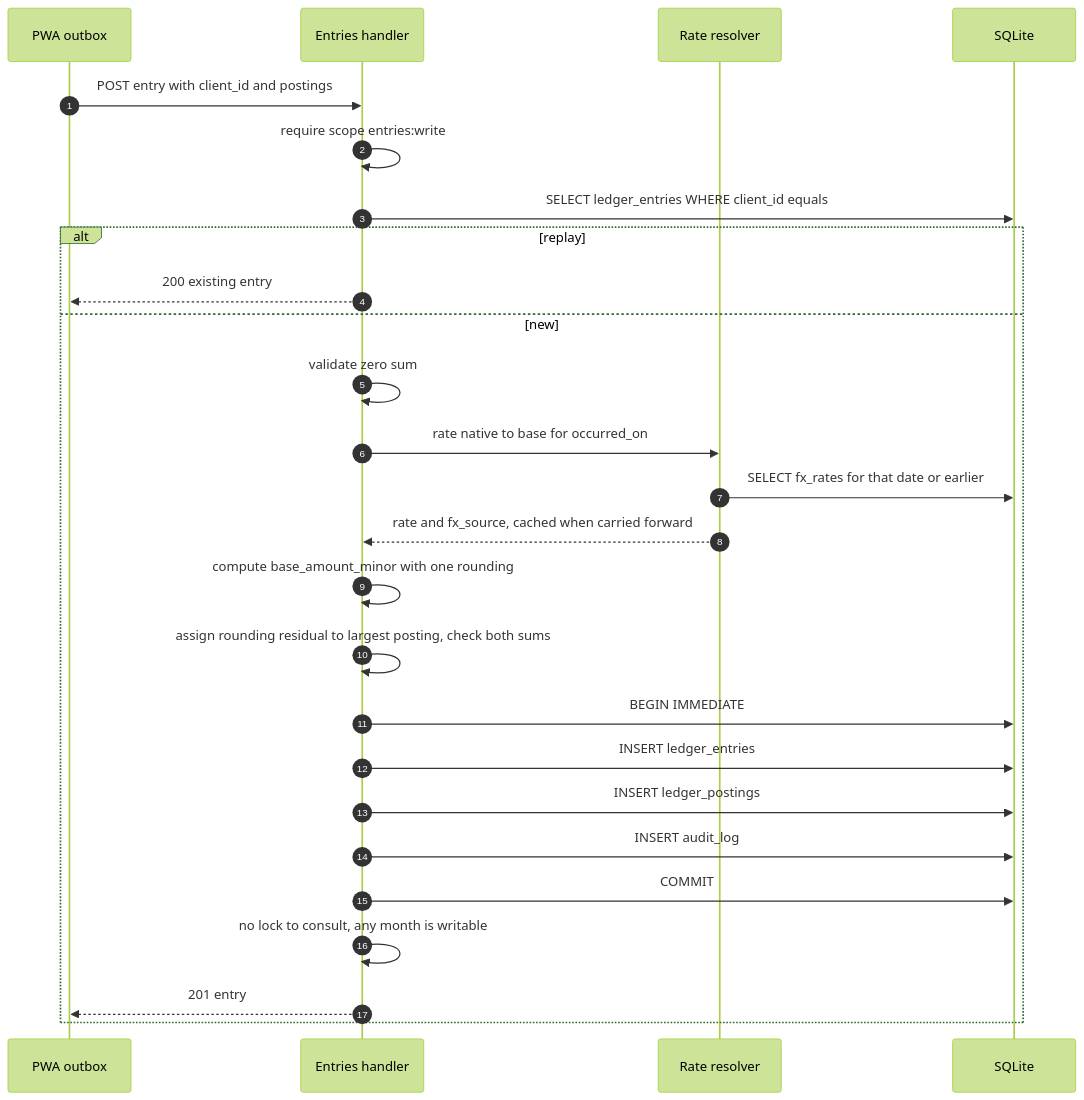
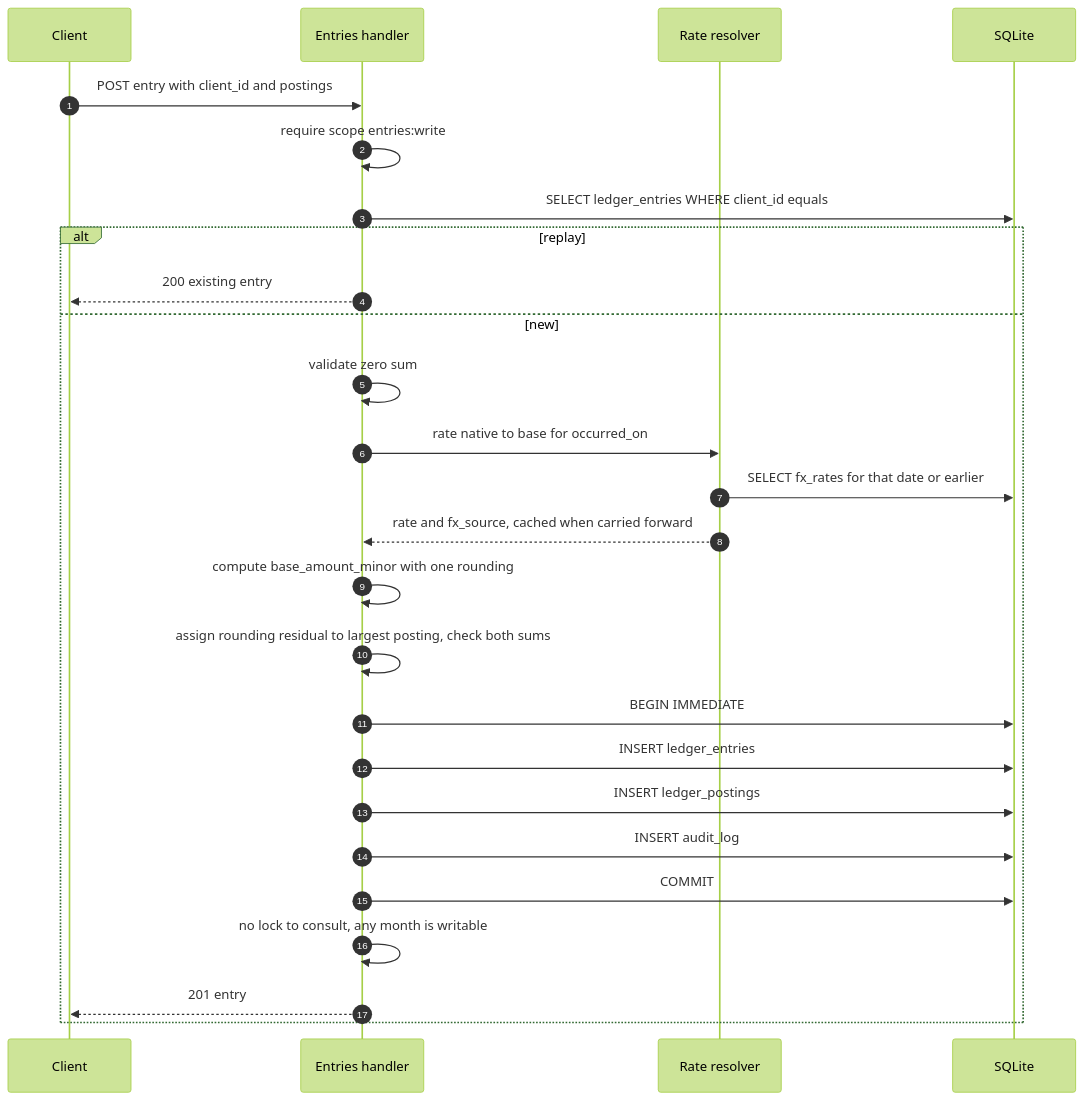
The ninth of 20 diagrams in docs/v2-api.md (dimasbaguspm/spenicle), drawn with Mermaid (forest theme) before and after one commit. The commit also changed other lines of this file and 44 other files, not shown here.

````diff
--- a/docs/v2-api.md
+++ b/docs/v2-api.md
@@ -658,28 +702,28 @@
 ```mermaid
 sequenceDiagram
     autonumber
-    participant PWA as PWA outbox
+    participant C as Client
     participant API as Entries handler
     participant FX as Rate resolver
     participant DB as SQLite
-    PWA->>API: POST entry with client_id and postings
+    C->>API: POST entry with client_id and postings
     API->>API: require scope entries:write
     API->>DB: SELECT ledger_entries WHERE client_id equals
     alt replay
-        API-->>PWA: 200 existing entry
+        API-->>C: 200 existing entry
     else new
         API->>API: validate zero sum
         API->>FX: rate native to base for occurred_on
         FX->>DB: SELECT fx_rates for that date or earlier
         FX-->>API: rate and fx_source, cached when carried forward
         API->>API: compute base_amount_minor with one rounding
         API->>API: assign rounding residual to largest posting, check both sums
         API->>DB: BEGIN IMMEDIATE
         API->>DB: INSERT ledger_entries
         API->>DB: INSERT ledger_postings
         API->>DB: INSERT audit_log
         API->>DB: COMMIT
         API->>API: no lock to consult, any month is writable
-        API-->>PWA: 201 entry
+        API-->>C: 201 entry
     end
 ```
````
